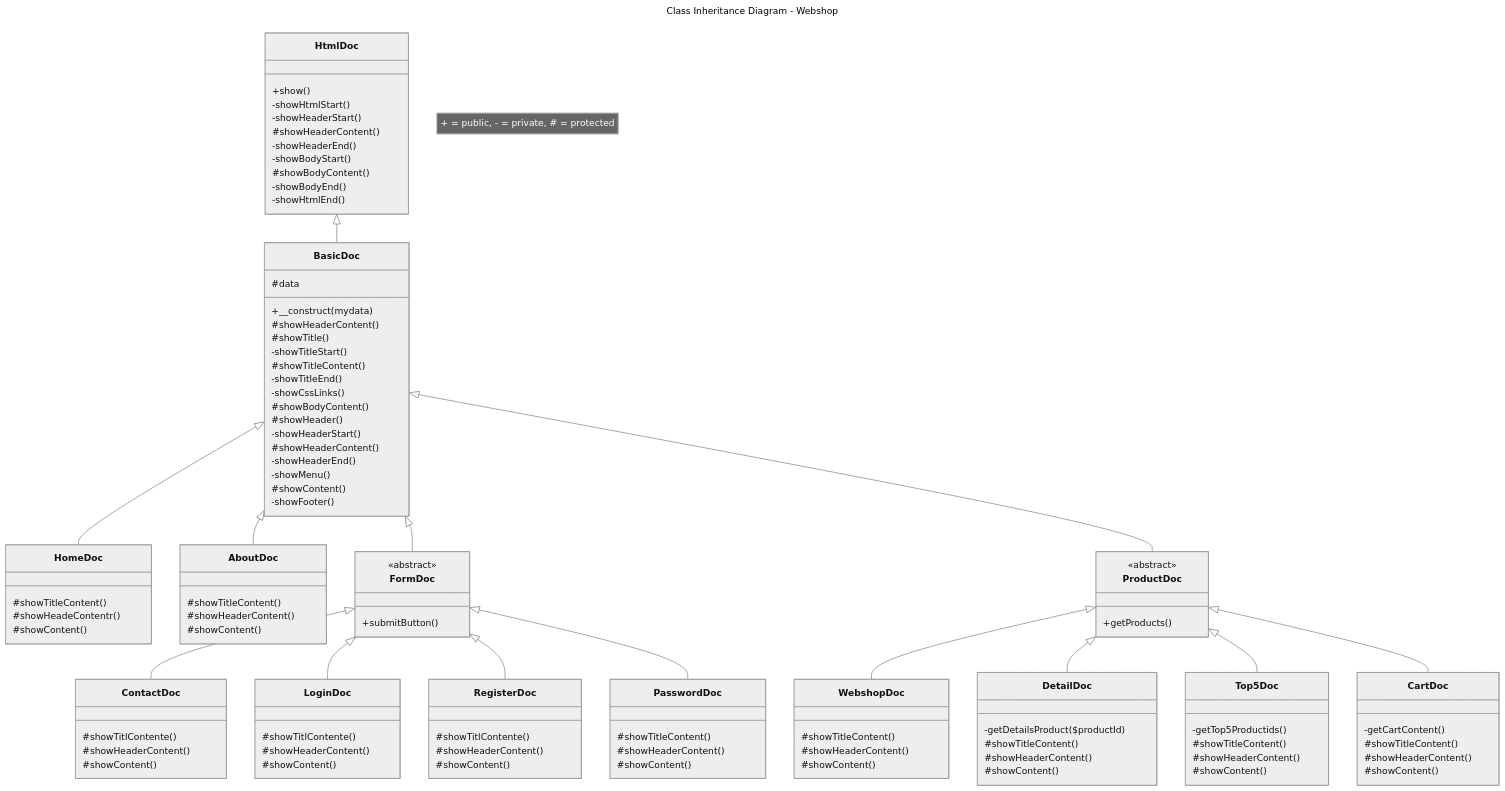
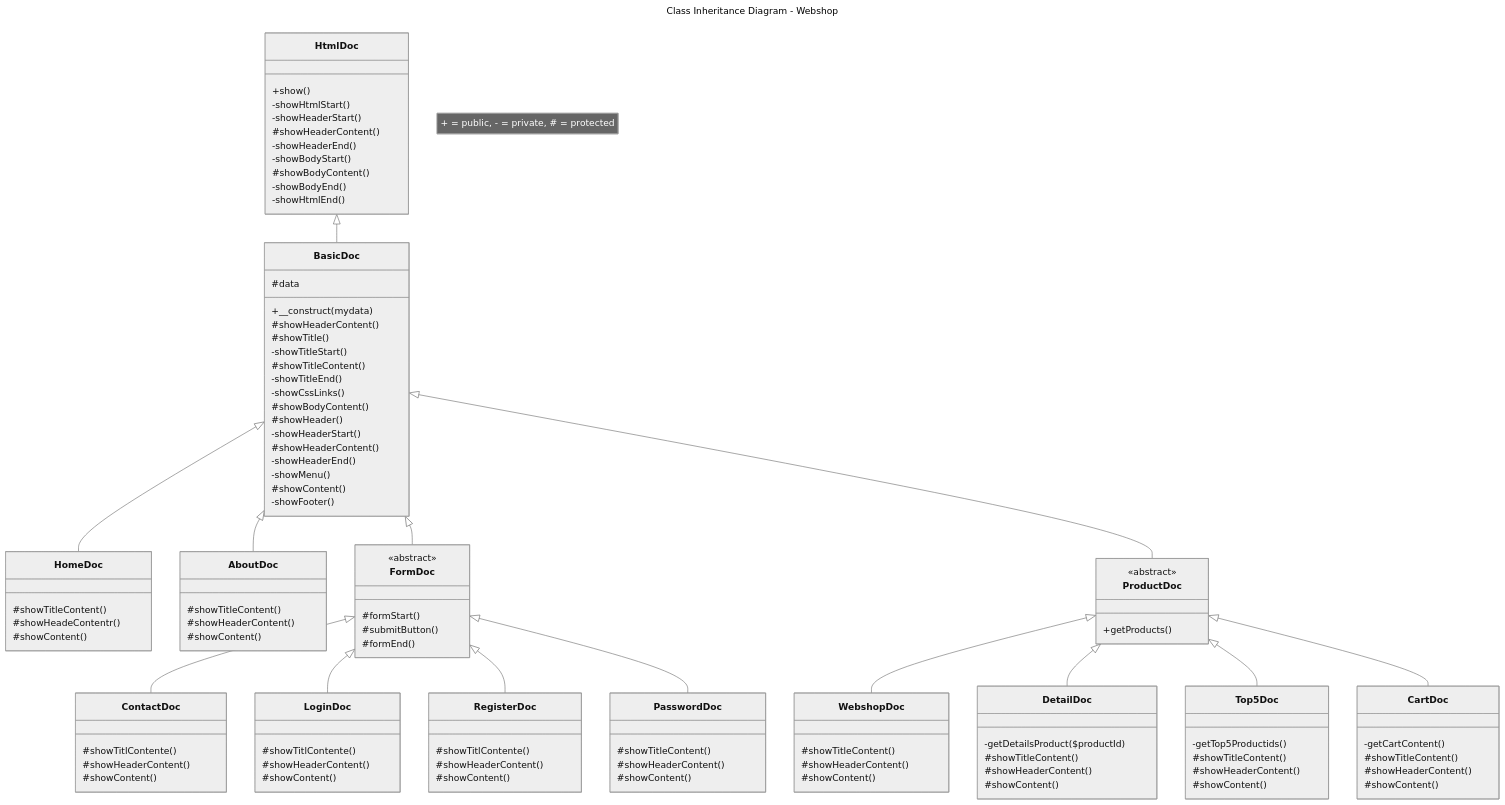
Before and after one commit to JeroenHeemskerk/educom-webshop-oop-1708595373: the diagram in Diagrams/class-inheritance-diagram-webshop.md, drawn with Mermaid (neutral theme).

```diff
--- a/Diagrams/class-inheritance-diagram-webshop.md
+++ b/Diagrams/class-inheritance-diagram-webshop.md
@@ -63,7 +63,9 @@
     }
     class FormDoc{
         <<abstract>>
-        +submitButton()
+        #formStart()
+        #submitButton()
+        #formEnd()
     }
     class ContactDoc{
         #showTitlContente()
```
